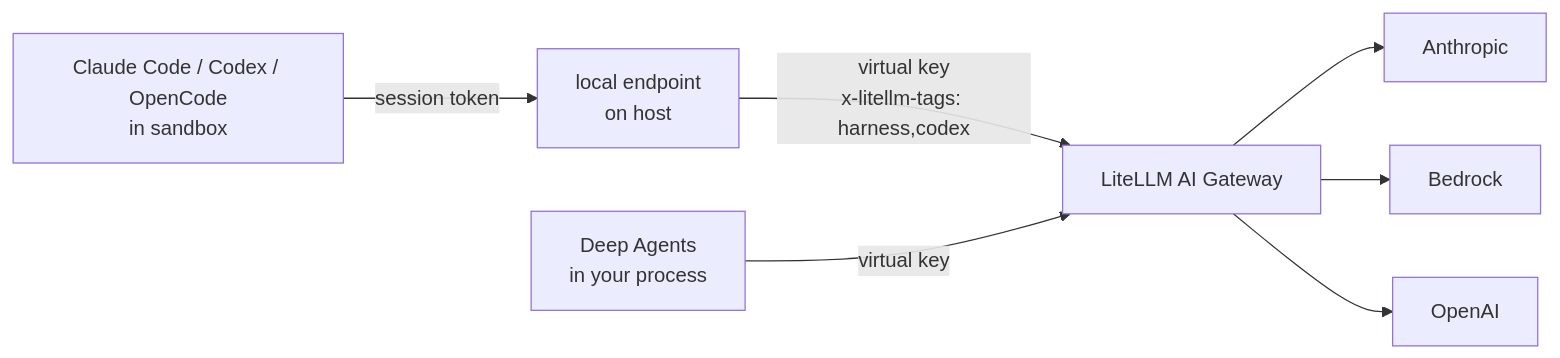
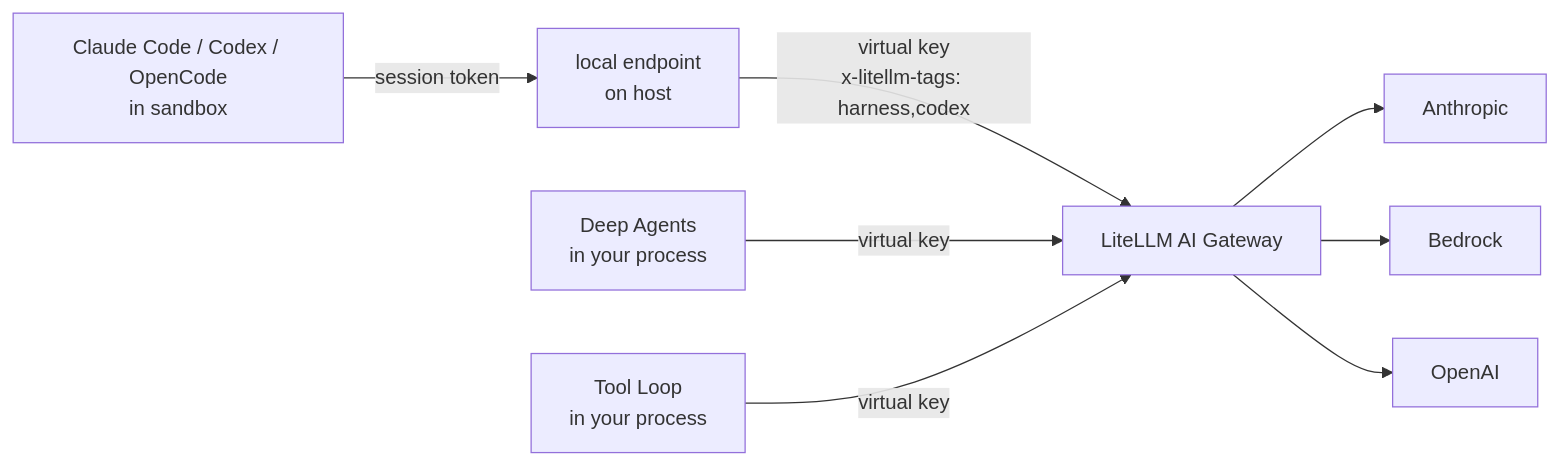
One commit to BerriAI/litellm-docs changed the diagram in docs/harness/gateway.md. Above: the diagram before and after it, drawn with Mermaid. The commit also changed other lines of this file and 14 other files, not shown here.

````diff
--- a/docs/harness/gateway.md
+++ b/docs/harness/gateway.md
@@ -15,9 +15,10 @@
 ```mermaid
 flowchart LR
     R[Claude Code / Codex / OpenCode<br/>in sandbox] -->|session token| E[local endpoint<br/>on host]
     E -->|virtual key<br/>x-litellm-tags: harness,codex| G[LiteLLM AI Gateway]
     D[Deep Agents<br/>in your process] -->|virtual key| G
+    T[Tool Loop<br/>in your process] -->|virtual key| G
     G --> P1[Anthropic]
     G --> P2[Bedrock]
     G --> P3[OpenAI]
 ```
````
